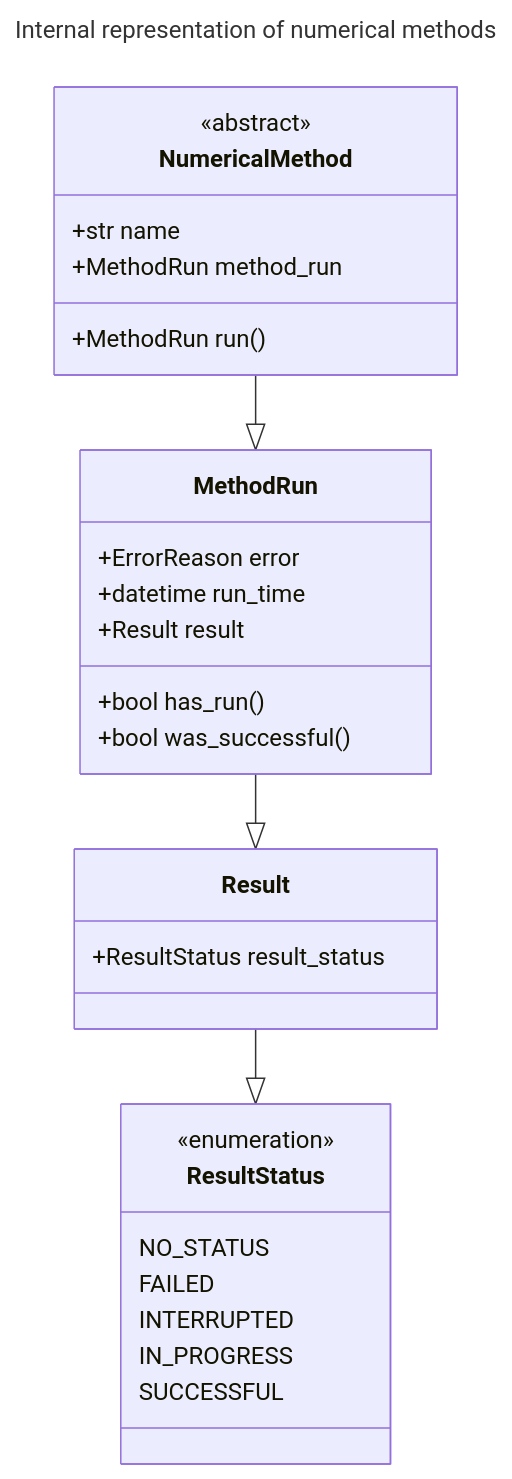
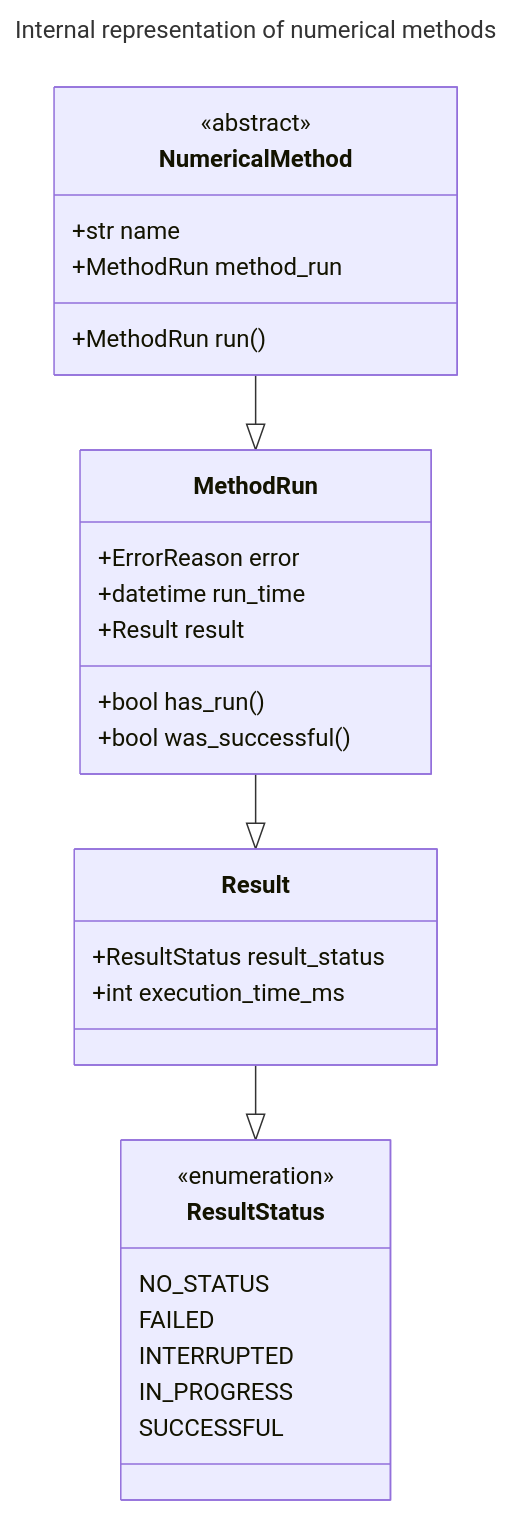
Before and after one commit to luismtorresv/numerical-methods: the first of 2 diagrams in README.md, drawn with Mermaid.

Commit message:
[README] Add execution time to requirements (it's actually a "nice to have" for the course")

````diff
--- a/README.md
+++ b/README.md
@@ -220,40 +220,41 @@
 ```mermaid
 ---
 title: Internal representation of numerical methods
 theme: neutral
 ---
 
 classDiagram
   class NumericalMethod {
     <<abstract>>
     +str name
     +MethodRun method_run
     +MethodRun run()
   }
 
   %% not entirely happy with the name %%
   class MethodRun {
     +ErrorReason error
     +datetime run_time
     +Result result
     +bool has_run()
     +bool was_successful()
   }
 
   class Result {
     +ResultStatus result_status
+    +int execution_time_ms
   }
 
   class ResultStatus {
     <<enumeration>>
     NO_STATUS
     FAILED
     INTERRUPTED
     IN_PROGRESS
     SUCCESSFUL
 }
 
   NumericalMethod --|> MethodRun
   MethodRun --|> Result
   Result --|> ResultStatus
 ```
````
